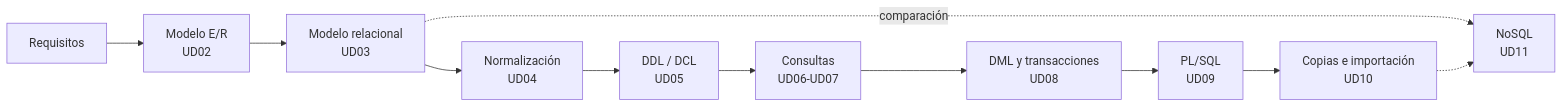
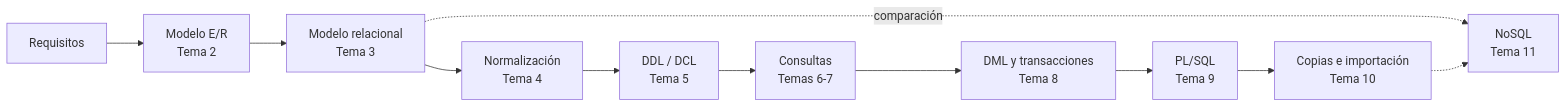
The diagram in content.es/_index.md (LorenaLResusta/GBD), drawn with Mermaid before and after one commit. The commit also changed other lines of this file and 132 other files, not shown here.

````diff
--- a/content.es/_index.md
+++ b/content.es/_index.md
@@ -25,13 +25,13 @@
 ```mermaid
 flowchart LR
-    A[Requisitos] --> B[Modelo E/R<br/>UD02]
-    B --> C[Modelo relacional<br/>UD03]
-    C --> D[Normalización<br/>UD04]
-    D --> E[DDL / DCL<br/>UD05]
-    E --> F[Consultas<br/>UD06-UD07]
-    F --> G[DML y transacciones<br/>UD08]
-    G --> H[PL/SQL<br/>UD09]
-    H --> J[Copias e importación<br/>UD10]
-    C -.comparación.-> I[NoSQL<br/>UD11]
+    A[Requisitos] --> B[Modelo E/R<br/>Tema 2]
+    B --> C[Modelo relacional<br/>Tema 3]
+    C --> D[Normalización<br/>Tema 4]
+    D --> E[DDL / DCL<br/>Tema 5]
+    E --> F[Consultas<br/>Temas 6-7]
+    F --> G[DML y transacciones<br/>Tema 8]
+    G --> H[PL/SQL<br/>Tema 9]
+    H --> J[Copias e importación<br/>Tema 10]
+    C -.comparación.-> I[NoSQL<br/>Tema 11]
     J -.-> I
 ```
````
